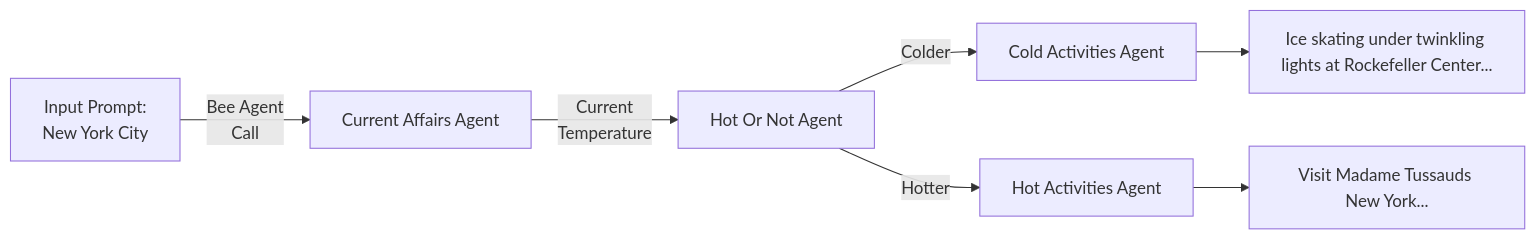
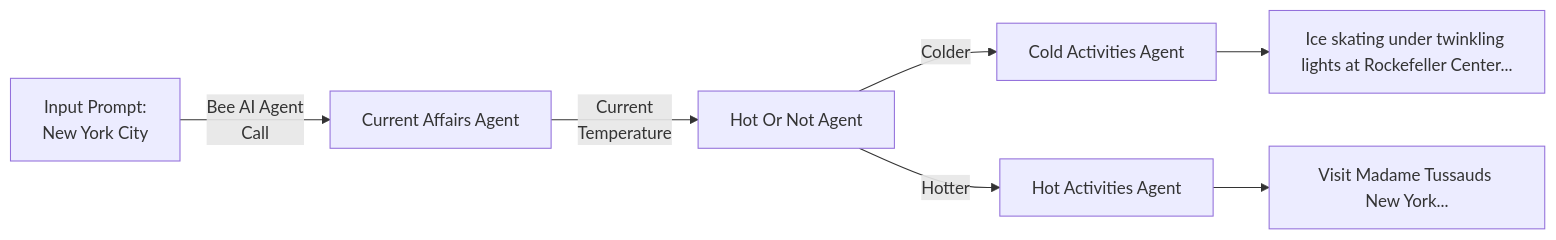
One commit to maximilien/maestro changed the diagram in maestro/demos/workflows/activity-planner.ai/workflow.md. Above: the diagram before and after it, drawn with Mermaid. The commit also changed 13 other files, not shown here.

````diff
--- a/maestro/demos/workflows/activity-planner.ai/workflow.md
+++ b/maestro/demos/workflows/activity-planner.ai/workflow.md
@@ -1,9 +1,9 @@
 ```mermaid
   flowchart LR;
-    New_York_City["Input Prompt:<br/> New York City"]-->|Bee Agent<br/>Call|Current_Affairs_Agent["Current Affairs Agent"];
+    New_York_City["Input Prompt:<br/> New York City"]-->|Bee AI Agent<br/>Call|Current_Affairs_Agent["Current Affairs Agent"];
     Current_Affairs_Agent-->|Current<br/>Temperature|Hot_Or_Not_Agent["Hot Or Not Agent"];
     Hot_Or_Not_Agent-->|Colder|Cold_Activities_Agent["Cold Activities Agent"];
     Hot_Or_Not_Agent-->|Hotter|Hot_Activities_Agent["Hot Activities Agent"];
     Cold_Activities_Agent-->Final_Output_Cold["Ice skating under twinkling lights at Rockefeller Center..."];
     Hot_Activities_Agent-->Final_Output_Hot["Visit Madame Tussauds New York..."];
 ```
````
